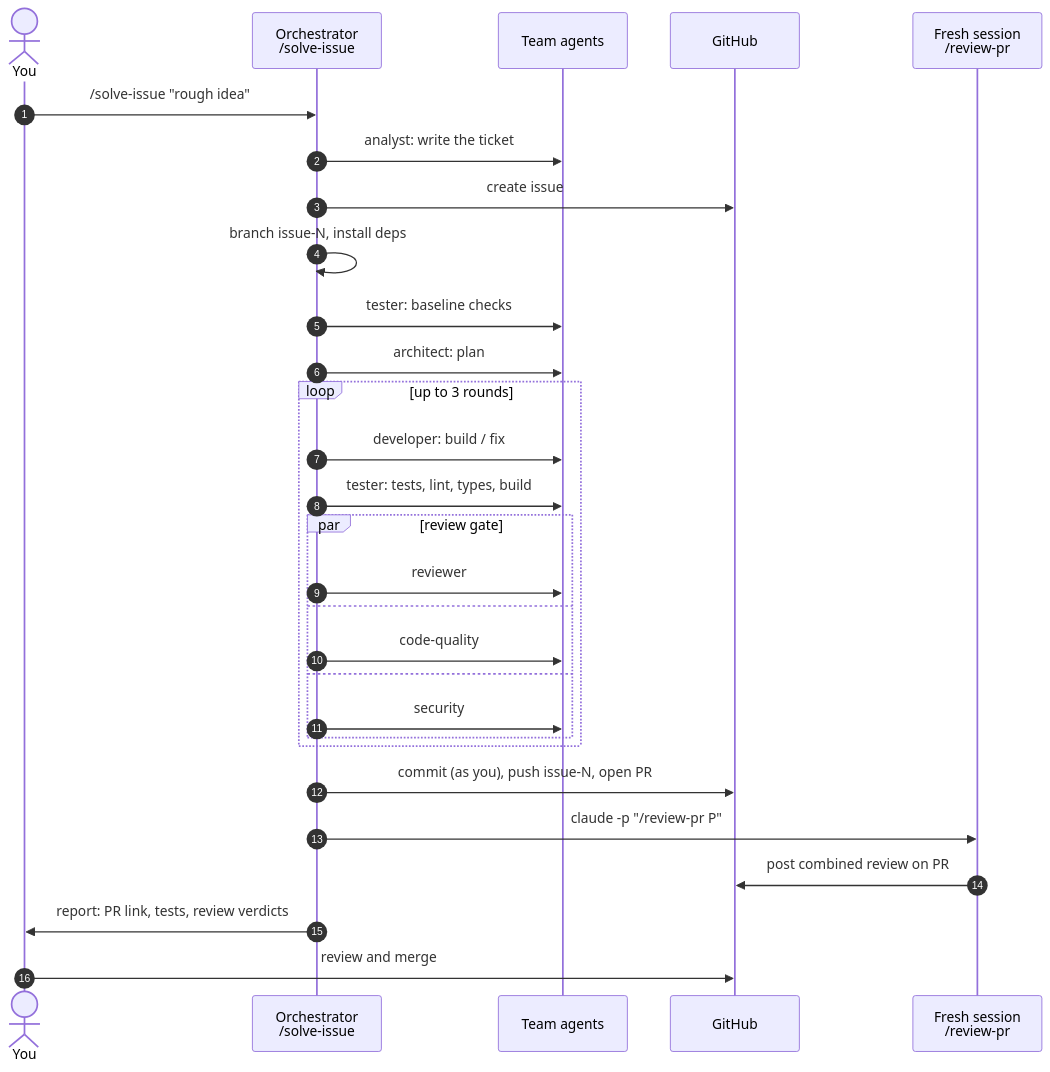
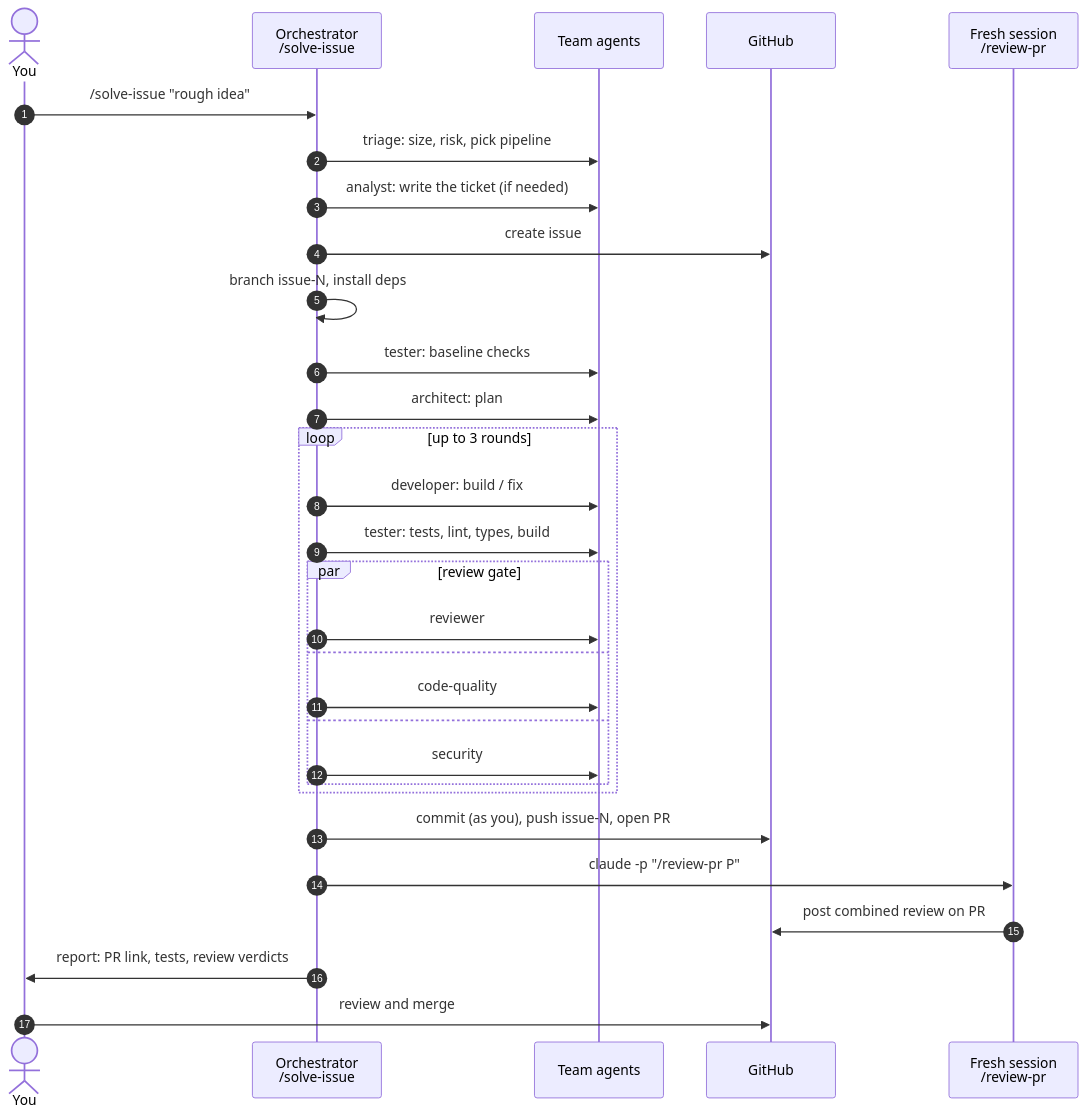
The fourth of 8 diagrams in README.md (meetmehtatb/ai-dev-team), drawn with Mermaid before and after one commit. The commit also changed other lines of this file and 16 other files, not shown here.

First line of the commit message:
v1.4.0: triage agent picks a right-sized pipeline

````diff
--- a/README.md
+++ b/README.md
@@ -147,32 +196,33 @@
 ```mermaid
 sequenceDiagram
     autonumber
     actor You
     participant O as Orchestrator<br/>/solve-issue
     participant T as Team agents
     participant G as GitHub
     participant F as Fresh session<br/>/review-pr
 
     You->>O: /solve-issue "rough idea"
-    O->>T: analyst: write the ticket
+    O->>T: triage: size, risk, pick pipeline
+    O->>T: analyst: write the ticket (if needed)
     O->>G: create issue #N
     O->>O: branch issue-N, install deps
     O->>T: tester: baseline checks
     O->>T: architect: plan
     loop up to 3 rounds
         O->>T: developer: build / fix
         O->>T: tester: tests, lint, types, build
         par review gate
             O->>T: reviewer
         and
             O->>T: code-quality
         and
             O->>T: security
         end
     end
     O->>G: commit (as you), push issue-N, open PR #P
     O->>F: claude -p "/review-pr P"
     F->>G: post combined review on PR #P
     O->>You: report: PR link, tests, review verdicts
     You->>G: review and merge
 ```
````
